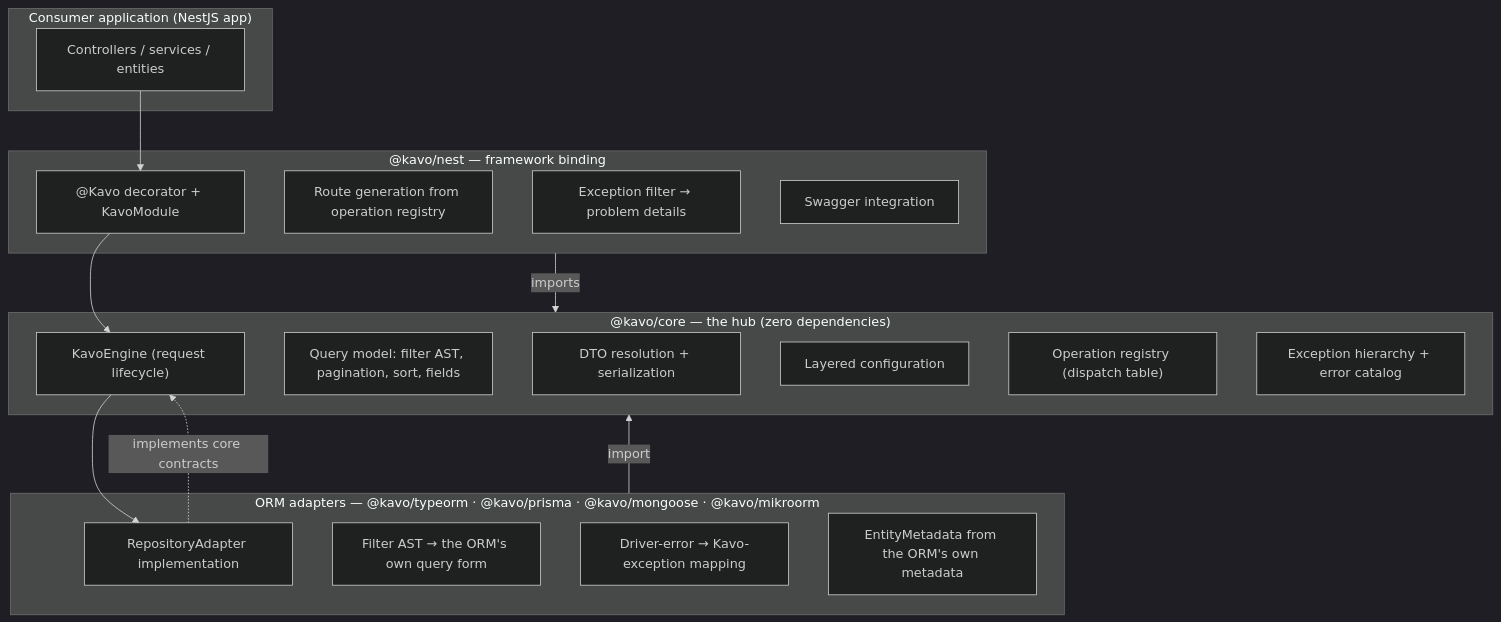
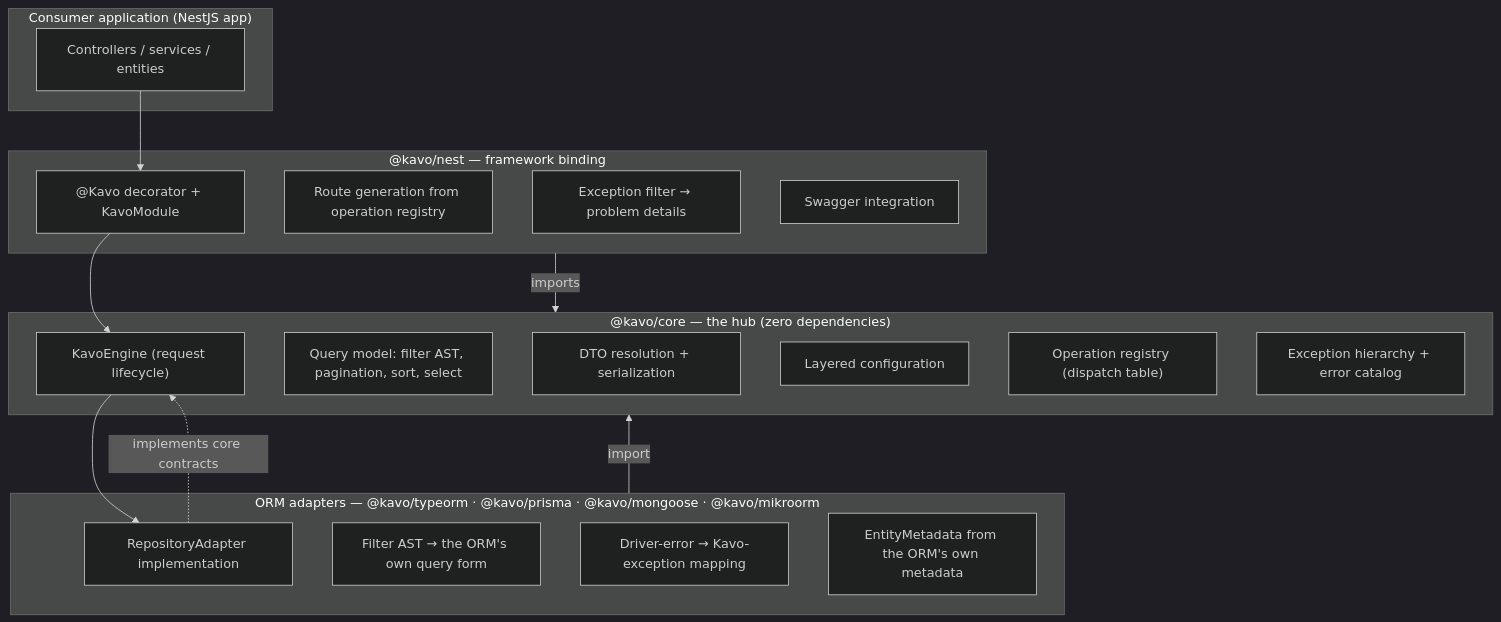
The first of 5 diagrams in docs/internals/architecture/01-system-architecture.md (kavo-labs/kavo), drawn with Mermaid (dark theme) before and after one commit. The commit also changed 78 other files, not shown here.

First line of the commit message:
feat(core)!: rename the `fields` query parameter to `select` (#347)

````diff
--- a/docs/internals/architecture/01-system-architecture.md
+++ b/docs/internals/architecture/01-system-architecture.md
@@ -24,36 +24,36 @@
 ```mermaid
 flowchart TB
     subgraph consumer["Consumer application (NestJS app)"]
         C[Controllers / services / entities]
     end
 
     subgraph nest["@kavo/nest — framework binding"]
         N1["@Kavo decorator + KavoModule"]
         N2[Route generation from operation registry]
         N3[Exception filter → problem details]
         N4[Swagger integration]
     end
 
     subgraph core["@kavo/core — the hub (zero dependencies)"]
         E["KavoEngine (request lifecycle)"]
-        Q[Query model: filter AST, pagination, sort, fields]
+        Q[Query model: filter AST, pagination, sort, select]
         D[DTO resolution + serialization]
         CF[Layered configuration]
         R["Operation registry (dispatch table)"]
         X[Exception hierarchy + error catalog]
     end
 
     subgraph adapters["ORM adapters — @kavo/typeorm · @kavo/prisma · @kavo/mongoose · @kavo/mikroorm"]
         T1["RepositoryAdapter implementation"]
         T2["Filter AST → the ORM's own query form"]
         T3[Driver-error → Kavo-exception mapping]
         T4["EntityMetadata from the ORM's own metadata"]
     end
 
     C --> N1
     N1 --> E
     E --> T1
     T1 -.->|implements core contracts| E
     nest -->|imports| core
     adapters -->|import| core
 ```
````
